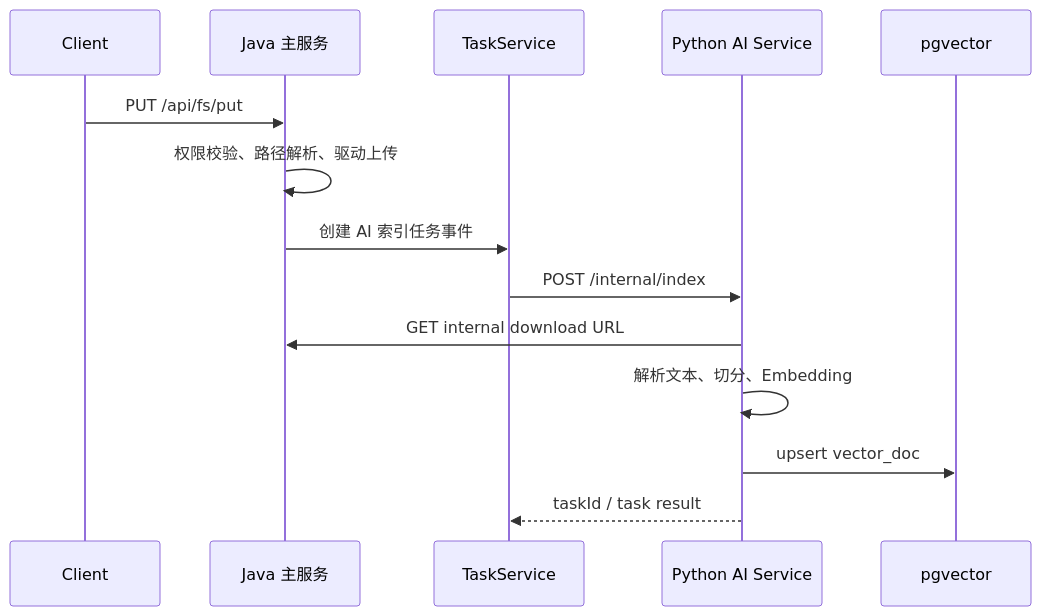
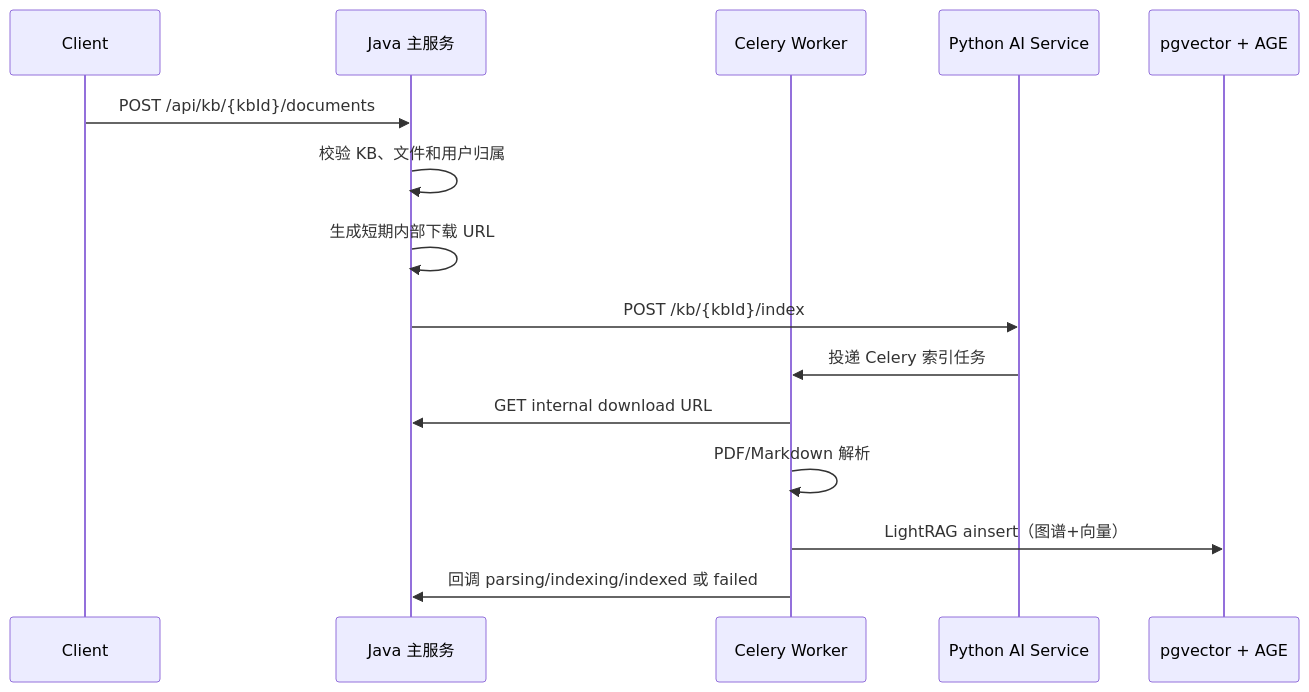
The third of 4 diagrams in docs/overview-design.md (Asuka-zzt/AsukaFileList), drawn with Mermaid before and after one commit. The commit also changed other lines of this file and 5 other files, not shown here.

Commit message:
docs(ai): 完成 Graph RAG P9 文档同步

````diff
--- a/docs/overview-design.md
+++ b/docs/overview-design.md
@@ -131,17 +132,18 @@
 ```mermaid
 sequenceDiagram
     participant C as Client
     participant Java as Java 主服务
-    participant Task as TaskService
+    participant Task as Celery Worker
     participant AI as Python AI Service
-    participant PG as pgvector
+    participant PG as pgvector + AGE
 
-    C->>Java: PUT /api/fs/put
-    Java->>Java: 权限校验、路径解析、驱动上传
-    Java->>Task: 创建 AI 索引任务事件
-    Task->>AI: POST /internal/index
-    AI->>Java: GET internal download URL
-    AI->>AI: 解析文本、切分、Embedding
-    AI->>PG: upsert vector_doc
-    AI-->>Task: taskId / task result
+    C->>Java: POST /api/kb/{kbId}/documents
+    Java->>Java: 校验 KB、文件和用户归属
+    Java->>Java: 生成短期内部下载 URL
+    Java->>AI: POST /kb/{kbId}/index
+    AI->>Task: 投递 Celery 索引任务
+    Task->>Java: GET internal download URL
+    Task->>Task: PDF/Markdown 解析
+    Task->>PG: LightRAG ainsert（图谱+向量）
+    Task->>Java: 回调 parsing/indexing/indexed 或 failed
 ```
````
